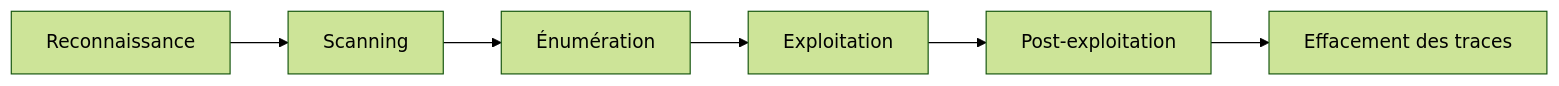
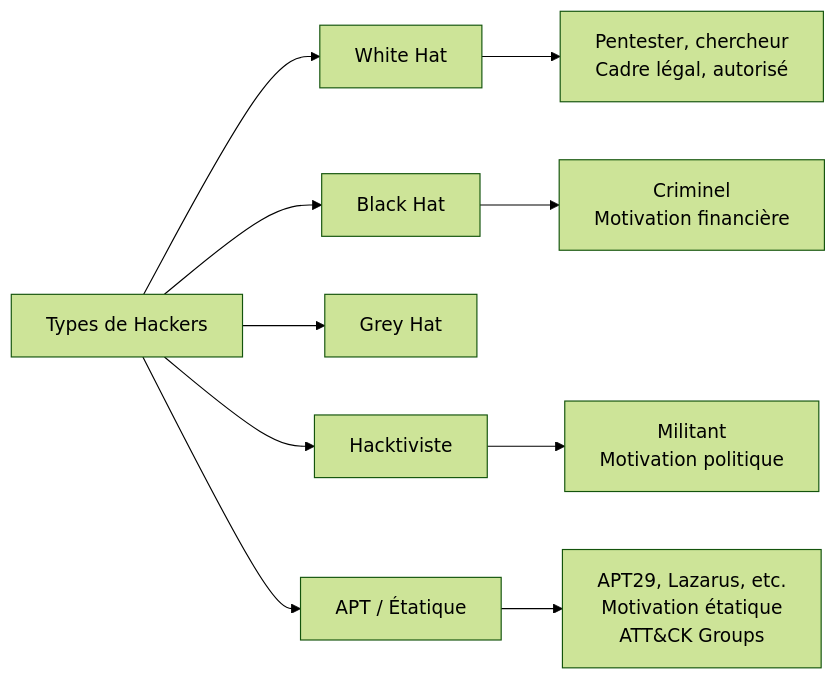
The second of 2 diagrams in JOUR-01.md (yugmerabtene/techniques-de-hacking-niveau-1), drawn with Mermaid (forest theme) before and after one commit. The commit also changed other lines of this file and 18 other files, not shown here.

````diff
--- a/JOUR-01.md
+++ b/JOUR-01.md
@@ -183,8 +92,12 @@
 ```mermaid
 flowchart LR
-    A[Reconnaissance] --> B[Scanning]
-    B --> C[Énumération]
-    C --> D[Exploitation]
-    D --> E[Post-exploitation]
-    E --> F[Effacement des traces]
+    A[Types de Hackers] --> B[White Hat]
+    A --> C[Black Hat]
+    A --> D[Grey Hat]
+    A --> E[Hacktiviste]
+    A --> F[APT / Étatique]
+    B --> B1[Pentester, chercheur\nCadre légal, autorisé]
+    C --> C1[Criminel\nMotivation financière]
+    E --> E1[Militant\nMotivation politique]
+    F --> F1[APT29, Lazarus, etc.\nMotivation étatique\nATT&CK Groups]
 ```
````
